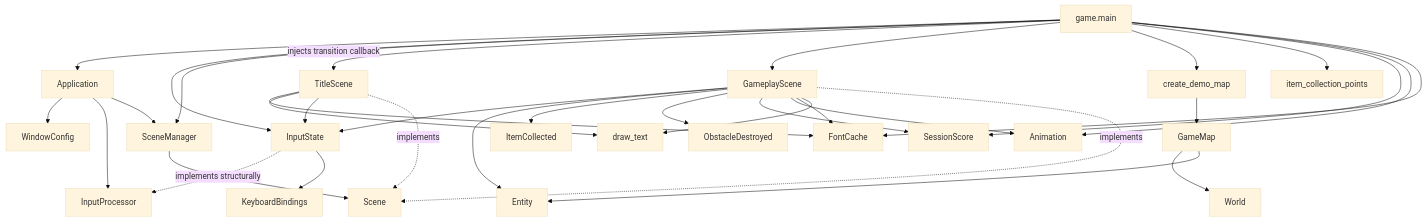
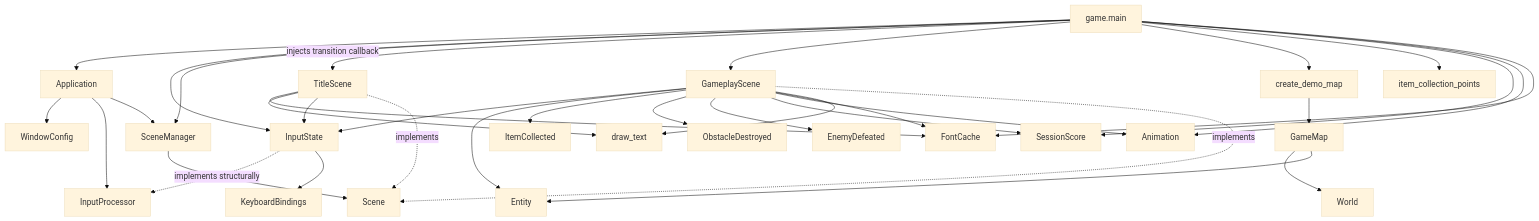
Before and after one commit to VincentMardon/my_first_adventure_game: the diagram in docs/architecture/overview.md, drawn with Mermaid (base theme). The commit also changed other lines of this file and 15 other files, not shown here.

````diff
--- a/docs/architecture/overview.md
+++ b/docs/architecture/overview.md
@@ -164,62 +165,64 @@
 ```mermaid
 flowchart TD
     GameMain["game.main"]
     Application["Application"]
     WindowConfig["WindowConfig"]
     InputProcessor["InputProcessor"]
     InputState["InputState"]
     KeyboardBindings["KeyboardBindings"]
     SceneManager["SceneManager"]
     Scene["Scene"]
     TitleScene["TitleScene"]
     GameplayScene["GameplayScene"]
     DemoMap["create_demo_map"]
     GameMap["GameMap"]
     World["World"]
     Entity["Entity"]
     ItemCollected["ItemCollected"]
     ObstacleDestroyed["ObstacleDestroyed"]
+    EnemyDefeated["EnemyDefeated"]
     ItemCollectionPoints["item_collection_points"]
     SessionScore["SessionScore"]
     Animation["Animation"]
     FontCache["FontCache"]
     DrawText["draw_text"]
 
     GameMain --> Application
     GameMain --> InputState
     GameMain --> SceneManager
     GameMain -->|"injects transition callback"| TitleScene
     GameMain --> GameplayScene
     GameMain --> DemoMap
     GameMain --> ItemCollectionPoints
     GameMain --> SessionScore
     GameMain --> Animation
     GameMain --> FontCache
 
     DemoMap --> GameMap
     GameMap --> World
     GameMap --> Entity
 
     Application --> WindowConfig
     Application --> InputProcessor
     Application --> SceneManager
 
     TitleScene --> FontCache
     TitleScene --> DrawText
     TitleScene --> InputState
 
     GameplayScene --> InputState
     GameplayScene --> Entity
     GameplayScene --> ItemCollected
     GameplayScene --> ObstacleDestroyed
+    GameplayScene --> EnemyDefeated
     GameplayScene --> SessionScore
     GameplayScene --> Animation
     GameplayScene --> FontCache
     GameplayScene --> DrawText
 
     InputState -. "implements structurally" .-> InputProcessor
     InputState --> KeyboardBindings
     SceneManager --> Scene
     TitleScene -. "implements" .-> Scene
     GameplayScene -. "implements" .-> Scene
 ```
````
